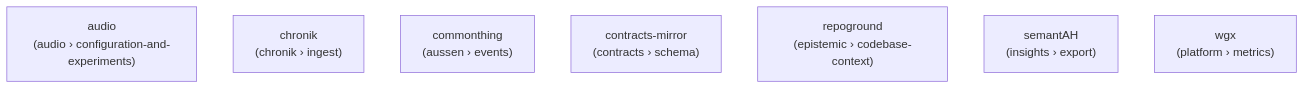
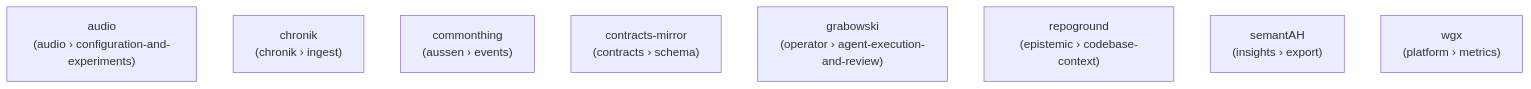
The diagram in docs/org-graph.mmd (heimgewebe/metarepo), drawn with Mermaid before and after one commit. The commit also changed 1 other file, not shown here.

Commit message:
fix(fleet): regenerate org index and graph for Grabowski

```diff
--- a/docs/org-graph.mmd
+++ b/docs/org-graph.mmd
@@ -1,10 +1,11 @@
 %% Org dependency graph
 %% Generated by scripts/generate_org_assets.py; do not edit manually.
 graph TD
     audio["audio\n(audio › configuration-and-experiments)"]
     chronik["chronik\n(chronik › ingest)"]
     commonthing["commonthing\n(aussen › events)"]
     contracts_mirror["contracts-mirror\n(contracts › schema)"]
+    grabowski["grabowski\n(operator › agent-execution-and-review)"]
     repoground["repoground\n(epistemic › codebase-context)"]
     semantAH["semantAH\n(insights › export)"]
     wgx["wgx\n(platform › metrics)"]
```
